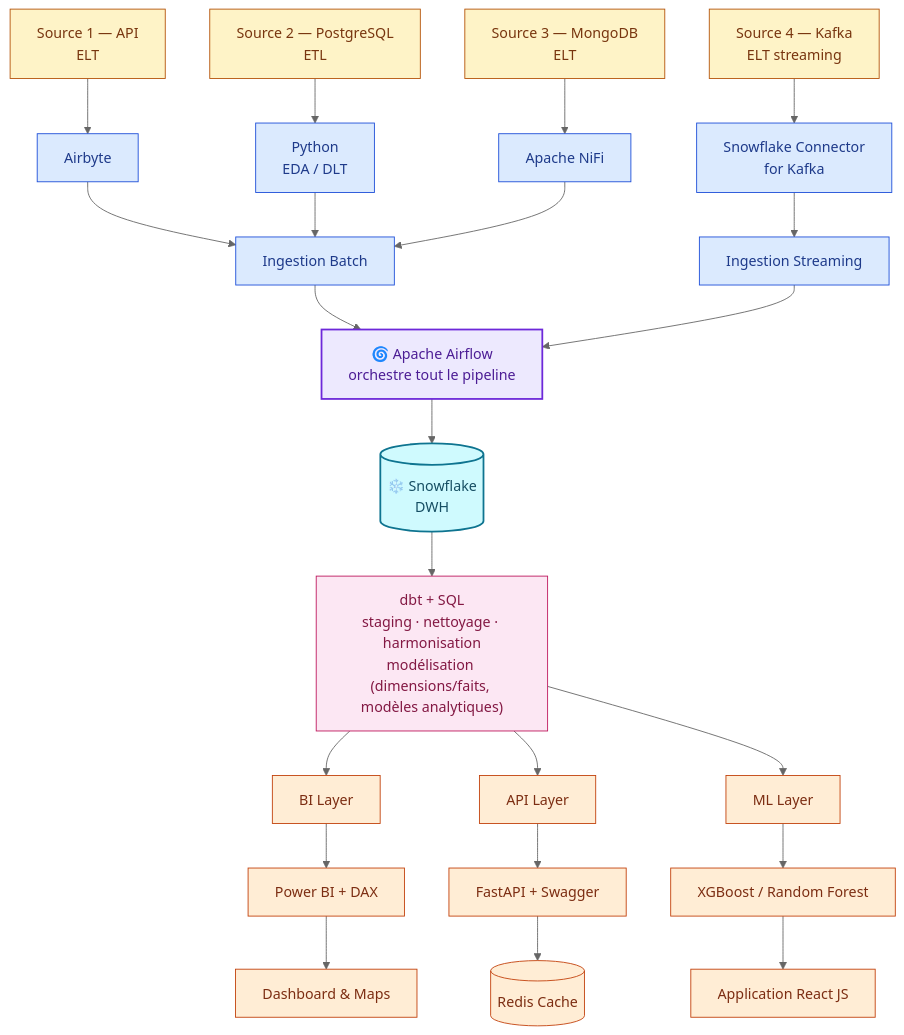
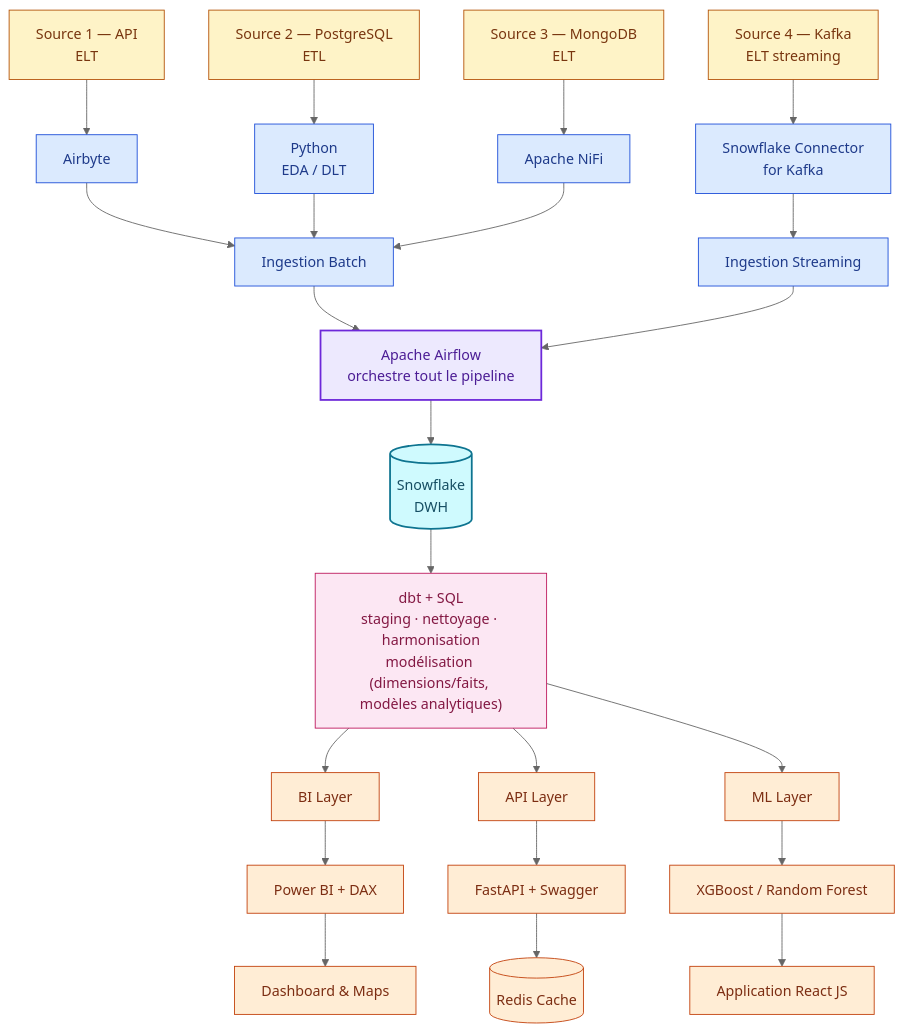
One commit to abdoudjigo/assaman-suuf changed the first of 2 diagrams in README.md. Above: the diagram before and after it, drawn with Mermaid (neutral theme). The commit also changed other lines of this file and 1 other file, not shown here.

Commit message:
docs: document dbt staging pipeline

````diff
--- a/README.md
+++ b/README.md
@@ -60,46 +60,46 @@
 ```mermaid
 flowchart TD
     S1["Source 1 — API<br/>ELT"] --> A[Airbyte]
     S2["Source 2 — PostgreSQL<br/>ETL"] --> P["Python<br/>EDA / DLT"]
     S3["Source 3 — MongoDB<br/>ELT"] --> N[Apache NiFi]
     S4["Source 4 — Kafka<br/>ELT streaming"] --> K["Snowflake Connector<br/>for Kafka"]
 
     A --> INB[Ingestion Batch]
     P --> INB
     N --> INB
     K --> INS[Ingestion Streaming]
 
-    INB --> ORCH["🌀 Apache Airflow<br/>orchestre tout le pipeline"]
+    INB --> ORCH["Apache Airflow<br/>orchestre tout le pipeline"]
     INS --> ORCH
 
-    ORCH --> SF[("❄️ Snowflake<br/>DWH")]
+    ORCH --> SF[("Snowflake<br/>DWH")]
 
     SF --> DBT["dbt + SQL<br/>staging · nettoyage · harmonisation<br/>modélisation (dimensions/faits, modèles analytiques)"]
 
     DBT --> BI[BI Layer]
     DBT --> API[API Layer]
     DBT --> ML[ML Layer]
 
     BI --> PBI["Power BI + DAX"]
     PBI --> DASH["Dashboard & Maps"]
 
     API --> FA["FastAPI + Swagger"]
     FA --> REDIS[("Redis Cache")]
 
     ML --> MOD["XGBoost / Random Forest"]
     MOD --> RJS["Application React JS"]
 
     classDef source fill:#FEF3C7,stroke:#B45309,stroke-width:1px,color:#78350F
     classDef ingest fill:#DBEAFE,stroke:#1D4ED8,stroke-width:1px,color:#1E3A8A
     classDef orch fill:#EDE9FE,stroke:#6D28D9,stroke-width:2px,color:#4C1D95
     classDef dwh fill:#CFFAFE,stroke:#0E7490,stroke-width:2px,color:#164E63
     classDef transform fill:#FCE7F3,stroke:#BE185D,stroke-width:1px,color:#831843
     classDef layer fill:#FFEDD5,stroke:#C2410C,stroke-width:1px,color:#7C2D12
 
     class S1,S2,S3,S4 source
     class A,P,N,K,INB,INS ingest
     class ORCH orch
     class SF dwh
     class DBT transform
     class BI,API,ML,PBI,DASH,FA,REDIS,MOD,RJS layer
 ```
````
